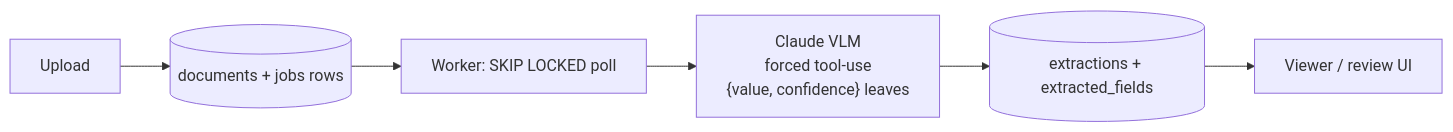
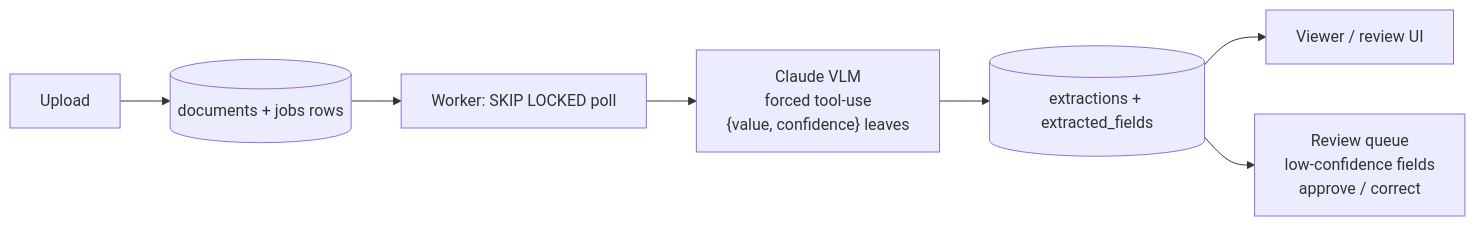
Before and after one commit to Antheagao/doc-pilot: the diagram in README.md, drawn with Mermaid. The commit also changed other lines of this file and 12 other files, not shown here.

````diff
--- a/README.md
+++ b/README.md
@@ -65,8 +65,9 @@
 ```mermaid
 flowchart LR
     U[Upload] --> D[(documents + jobs rows)]
     D --> W[Worker: SKIP LOCKED poll]
     W --> C["Claude VLM<br/>forced tool-use<br/>{value, confidence} leaves"]
     C --> E[(extractions + extracted_fields)]
     E --> V[Viewer / review UI]
+    E --> R["Review queue<br/>low-confidence fields<br/>approve / correct"]
 ```
````
